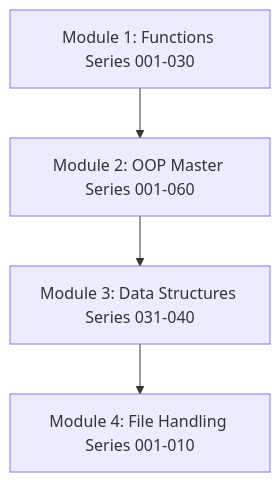
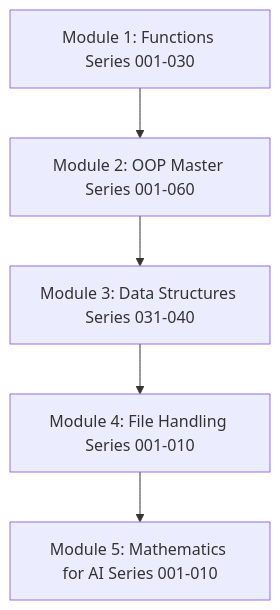
One commit to LIKITH-3012-MAC/Complete-Python-3-oops-also- changed the diagram in README.md. Above: the diagram before and after it, drawn with Mermaid. The commit also changed other lines of this file and 11 other files, not shown here.

Commit message:
Complete Mathematics for AI Series (001-010) compiled notebooks and update README

````diff
--- a/README.md
+++ b/README.md
@@ -22,6 +22,7 @@
 ```mermaid
 graph TD
     A[Module 1: Functions Series 001-030] --> B[Module 2: OOP Master Series 001-060]
     B --> C[Module 3: Data Structures Series 031-040]
     C --> D[Module 4: File Handling Series 001-010]
+    D --> E[Module 5: Mathematics for AI Series 001-010]
 ```
````
